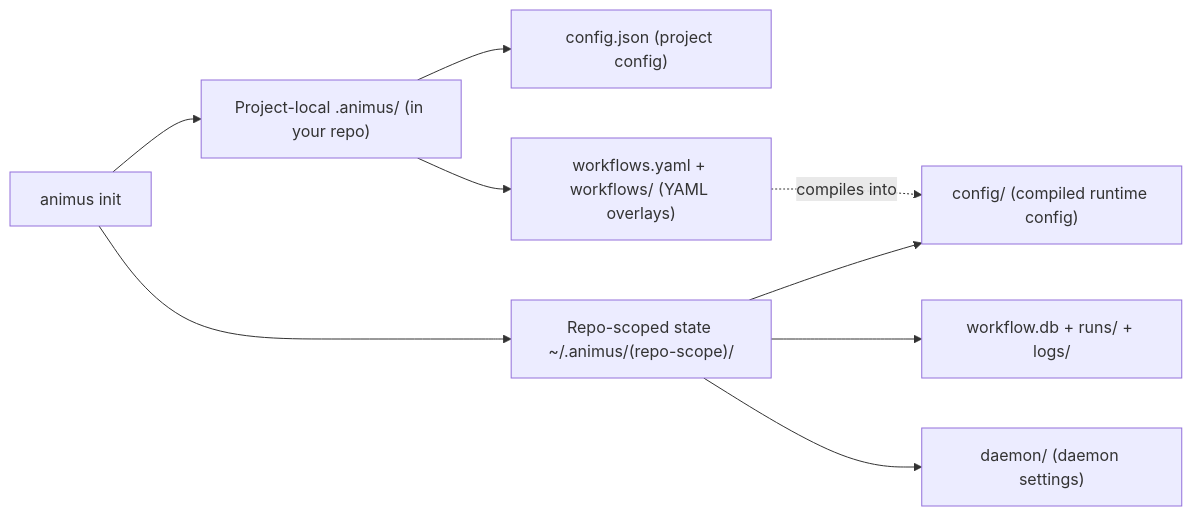
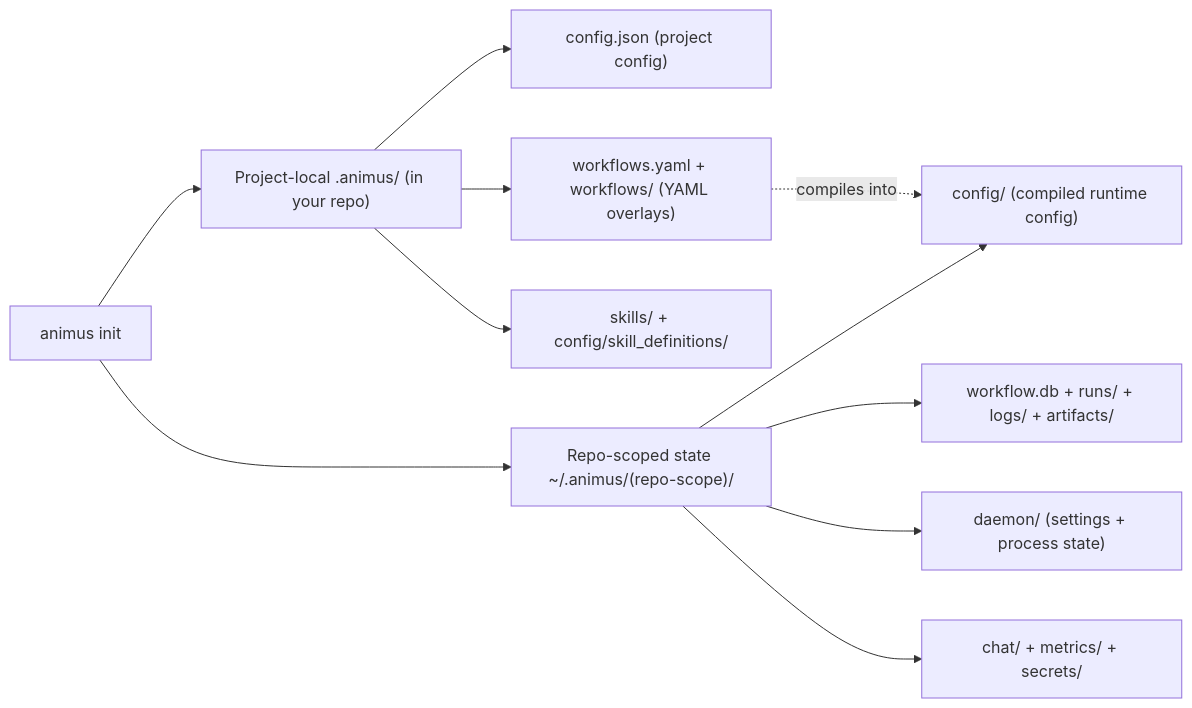
The diagram in docs/getting-started/project-setup.md (launchapp-dev/animus-cli), drawn with Mermaid before and after one commit. The commit also changed other lines of this file and 3 other files, not shown here.

````diff
--- a/docs/getting-started/project-setup.md
+++ b/docs/getting-started/project-setup.md
@@ -17,15 +17,17 @@
 ```mermaid
 flowchart LR
     INIT["animus init"]
     INIT --> LOCAL["Project-local .animus/ (in your repo)"]
     INIT --> SCOPED["Repo-scoped state ~/.animus/(repo-scope)/"]
 
     LOCAL --> CFG["config.json (project config)"]
     LOCAL --> WF["workflows.yaml + workflows/ (YAML overlays)"]
+    LOCAL --> SK["skills/ + config/skill_definitions/"]
 
     SCOPED --> RT["config/ (compiled runtime config)"]
-    SCOPED --> DB["workflow.db + runs/ + logs/"]
-    SCOPED --> DAEMON["daemon/ (daemon settings)"]
+    SCOPED --> DB["workflow.db + runs/ + logs/ + artifacts/"]
+    SCOPED --> DAEMON["daemon/ (settings + process state)"]
+    SCOPED --> CHAT["chat/ + metrics/ + secrets/"]
 
     WF -. "compiles into" .-> RT
 ```
````
